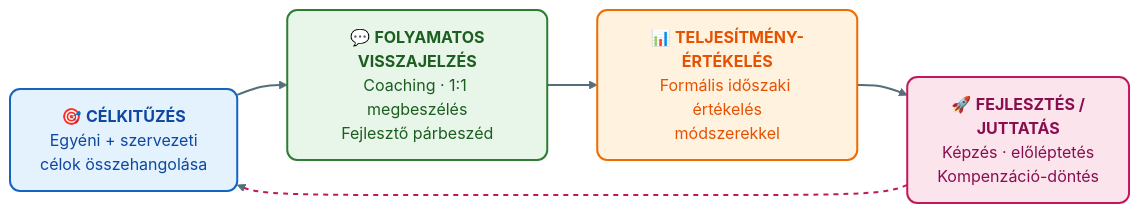
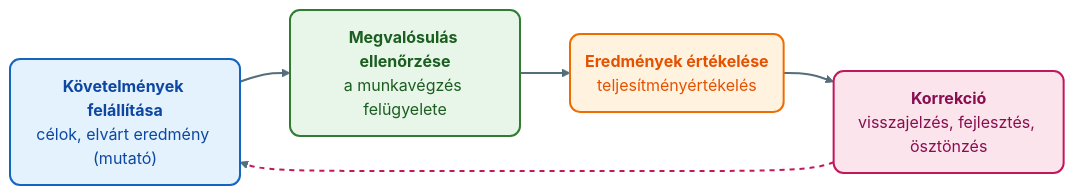
One commit to denespocsik/MM_BSC_Zarovizsga changed the first of 2 diagrams in Tételek/K13-GMXHR1MBLF-Teljesítménymenedzsment és értékelés.tétel.md. Above: the diagram before and after it, drawn with Mermaid (base theme). The commit also changed other lines of this file, not shown here.

````diff
--- a/Tételek/K13-GMXHR1MBLF-Teljesítménymenedzsment és értékelés.tétel.md
+++ b/Tételek/K13-GMXHR1MBLF-Teljesítménymenedzsment és értékelés.tétel.md
@@ -15,16 +30,16 @@
 ```mermaid
 flowchart LR
-    A["🎯 <b>CÉLKITŰZÉS</b><br/>Egyéni + szervezeti<br/>célok összehangolása"]:::kek
-    --> B["💬 <b>FOLYAMATOS</b><br/><b>VISSZAJELZÉS</b><br/>Coaching · 1:1 megbeszélés<br/>Fejlesztő párbeszéd"]:::zold
-    --> C["📊 <b>TELJESÍTMÉNY-</b><br/><b>ÉRTÉKELÉS</b><br/>Formális időszaki értékelés<br/>módszerekkel"]:::narancs
-    --> D["🚀 <b>FEJLESZTÉS /</b><br/><b>JUTTATÁS</b><br/>Képzés · előléptetés<br/>Kompenzáció-döntés"]:::rozsa
+    A("<b>Követelmények felállítása</b><br/>célok, elvárt eredmény (mutató)"):::kek
+    --> B("<b>Megvalósulás ellenőrzése</b><br/>a munkavégzés felügyelete"):::zold
+    --> C("<b>Eredmények értékelése</b><br/>teljesítményértékelés"):::narancs
+    --> D("<b>Korrekció</b><br/>visszajelzés, fejlesztés, ösztönzés"):::rozsa
     --> A
 
     classDef kek     fill:#e3f2fd,stroke:#1565c0,stroke-width:2px,color:#0d47a1,rx:10,ry:10;
     classDef zold    fill:#e8f5e9,stroke:#2e7d32,stroke-width:2px,color:#1b5e20,rx:10,ry:10;
     classDef narancs fill:#fff3e0,stroke:#ef6c00,stroke-width:2px,color:#e65100,rx:10,ry:10;
     classDef rozsa   fill:#fce4ec,stroke:#c2185b,stroke-width:2px,color:#880e4f,rx:10,ry:10;
 
     linkStyle default stroke:#546e7a,stroke-width:2px;
     linkStyle 3 stroke:#c2185b,stroke-width:2px,stroke-dasharray: 5 5;
 ```
````
